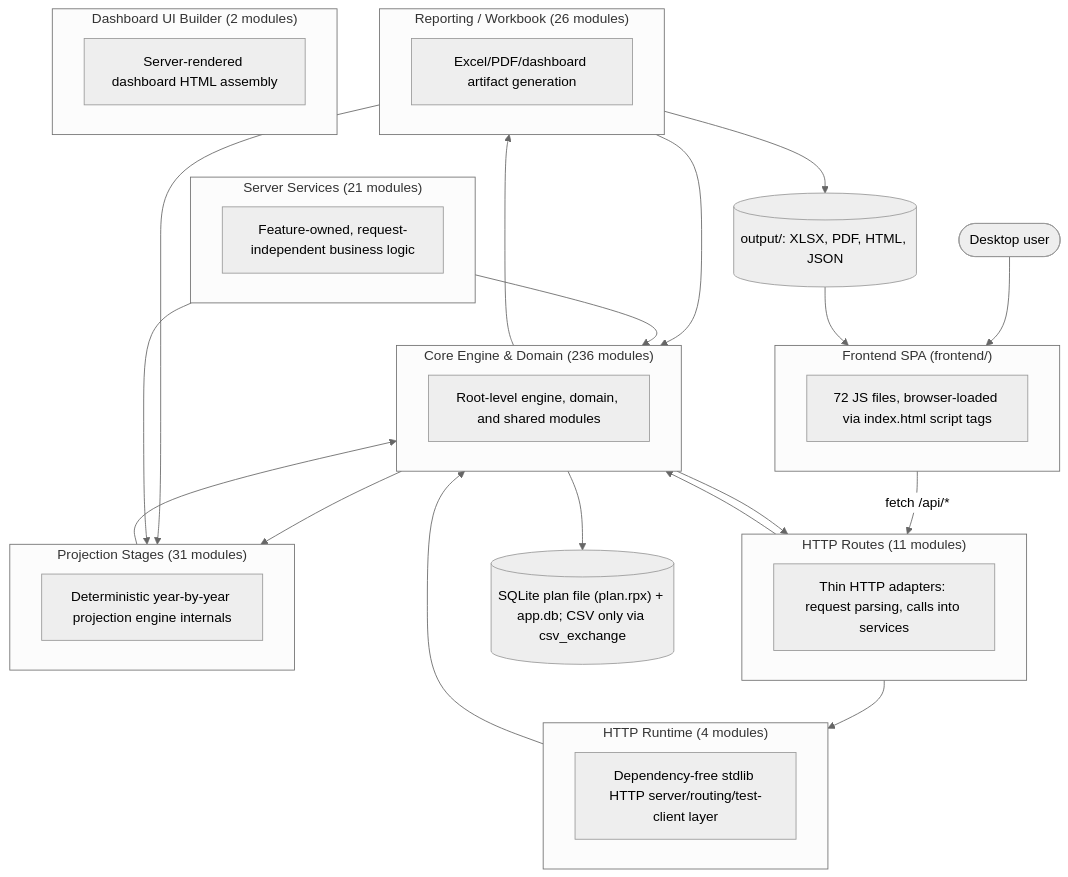
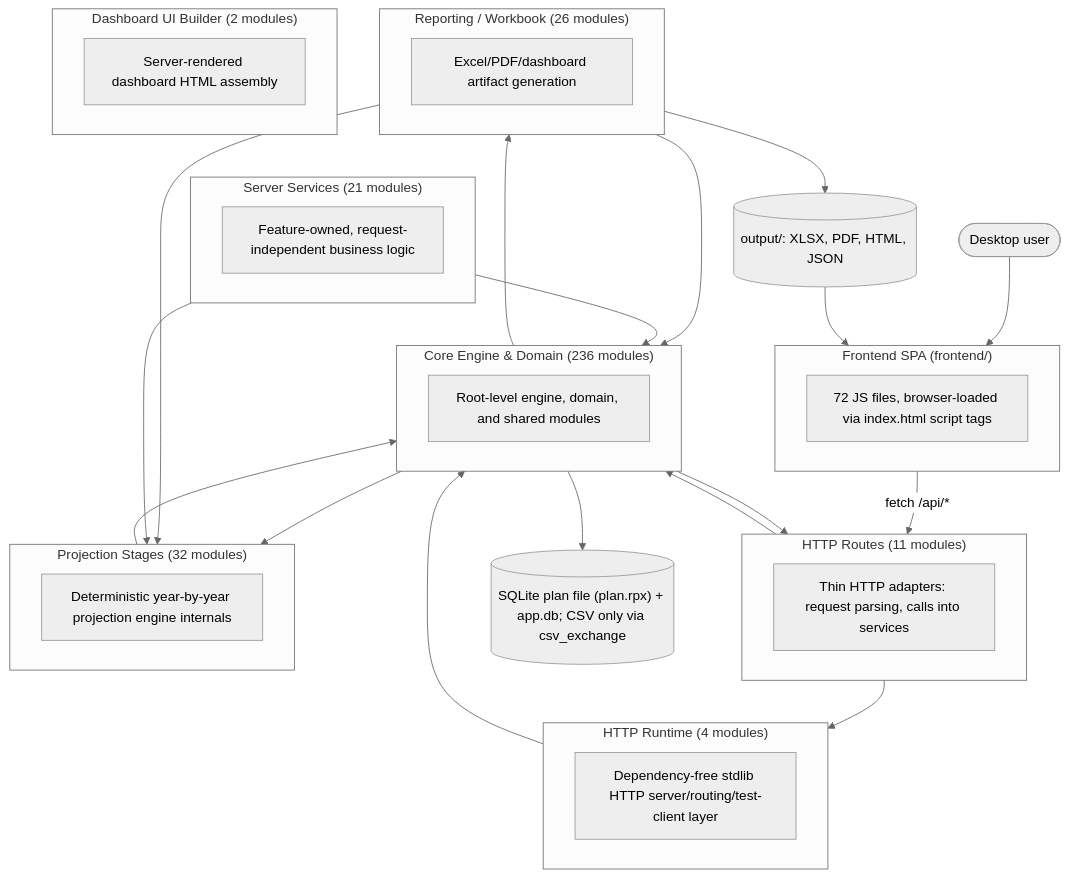
Before and after one commit to matthartzman/retirement_system: the first of 2 diagrams in documentation/reference/SYSTEM_ARCHITECTURE_DIAGRAM.md, drawn with Mermaid (neutral theme). The commit also changed other lines of this file and 4 other files, not shown here.

````diff
--- a/documentation/reference/SYSTEM_ARCHITECTURE_DIAGRAM.md
+++ b/documentation/reference/SYSTEM_ARCHITECTURE_DIAGRAM.md
@@ -11,43 +11,43 @@
 ```mermaid
 flowchart TB
     User(["Desktop user"]) --> FE
     subgraph FE["Frontend SPA (frontend/)"]
         FEcount["72 JS files, browser-loaded via index.html script tags"]
     end
     FE -->|fetch /api/*| L_HTTP_Routes
     subgraph L_HTTP_Routes["HTTP Routes (11 modules)"]
         L_HTTP_Routes_d["Thin HTTP adapters: request parsing, calls into services"]
     end
     subgraph L_Server_Services["Server Services (21 modules)"]
         L_Server_Services_d["Feature-owned, request-independent business logic"]
     end
     subgraph L_HTTP_Runtime["HTTP Runtime (4 modules)"]
         L_HTTP_Runtime_d["Dependency-free stdlib HTTP server/routing/test-client layer"]
     end
     subgraph L_Core_Engine___Domain["Core Engine & Domain (236 modules)"]
         L_Core_Engine___Domain_d["Root-level engine, domain, and shared modules"]
     end
-    subgraph L_Projection_Stages["Projection Stages (31 modules)"]
+    subgraph L_Projection_Stages["Projection Stages (32 modules)"]
         L_Projection_Stages_d["Deterministic year-by-year projection engine internals"]
     end
     subgraph L_Reporting___Workbook["Reporting / Workbook (26 modules)"]
         L_Reporting___Workbook_d["Excel/PDF/dashboard artifact generation"]
     end
     subgraph L_Dashboard_UI_Builder["Dashboard UI Builder (2 modules)"]
         L_Dashboard_UI_Builder_d["Server-rendered dashboard HTML assembly"]
     end
     L_Core_Engine___Domain --> L_HTTP_Routes
     L_Core_Engine___Domain --> L_Projection_Stages
     L_Core_Engine___Domain --> L_Reporting___Workbook
     L_HTTP_Routes --> L_Core_Engine___Domain
     L_HTTP_Routes --> L_HTTP_Runtime
     L_HTTP_Runtime --> L_Core_Engine___Domain
     L_Projection_Stages --> L_Core_Engine___Domain
     L_Reporting___Workbook --> L_Core_Engine___Domain
     L_Reporting___Workbook --> L_Projection_Stages
     L_Server_Services --> L_Core_Engine___Domain
     L_Server_Services --> L_Projection_Stages
     L_Core_Engine___Domain --> DB[("SQLite plan file (plan.rpx) + app.db; CSV only via csv_exchange")]
     L_Reporting___Workbook --> Outputs[("output/: XLSX, PDF, HTML, JSON")]
     Outputs --> FE
 ```
````
